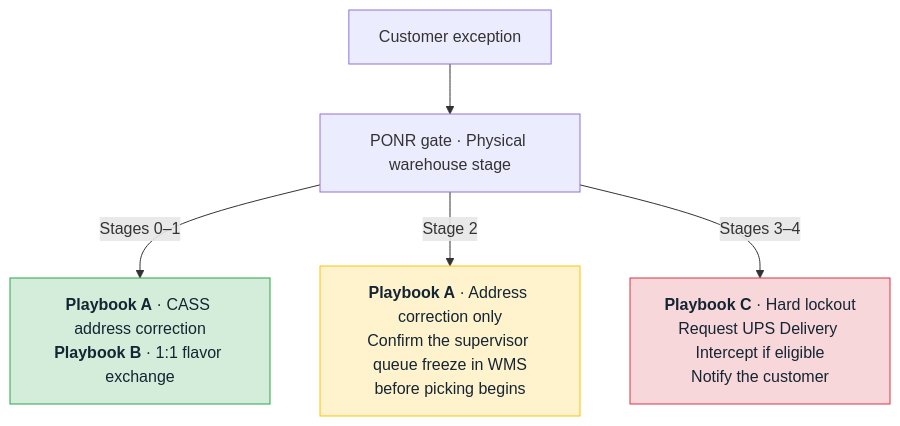
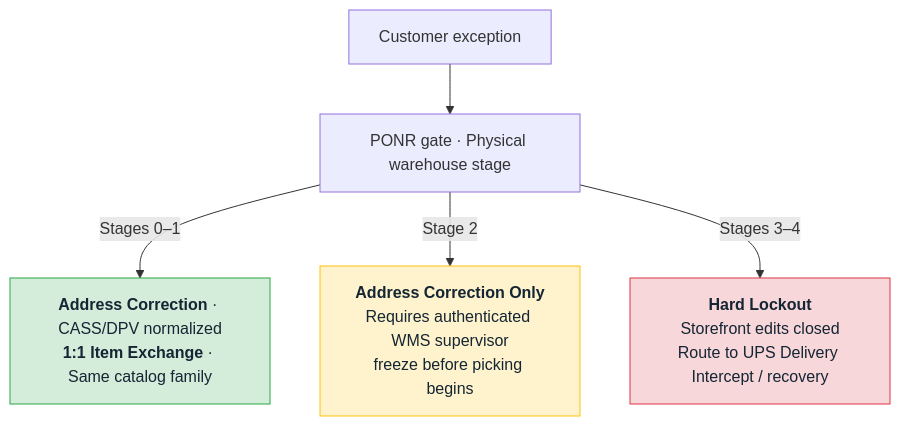
Before and after one commit to riovicsusas/portfolio: the fourth of 4 diagrams in domain-1-order-lifecycle/TechnicalStudy-Domain1-OrderStateMachineAndPONR.md, drawn with Mermaid. The commit also changed other lines of this file and 3 other files, not shown here.

````diff
--- a/domain-1-order-lifecycle/TechnicalStudy-Domain1-OrderStateMachineAndPONR.md
+++ b/domain-1-order-lifecycle/TechnicalStudy-Domain1-OrderStateMachineAndPONR.md
@@ -562,19 +326,19 @@
 ```mermaid
 flowchart TD
     Request["Customer exception"] --> Gate["PONR gate · Physical warehouse stage"]
 
-    Gate -->|"Stages 0–1"| Early["`**Playbook A** · CASS address correction
-**Playbook B** · 1:1 flavor exchange`"]
+    Gate -->|"Stages 0–1"| Early["`**Address Correction** · CASS/DPV normalized
+**1:1 Item Exchange** · Same catalog family`"]
 
-    Gate -->|"Stage 2"| Wave["`**Playbook A** · Address correction only
-Confirm the supervisor queue freeze in WMS
-before picking begins`"]
+    Gate -->|"Stage 2"| Wave["`**Address Correction Only**
+Requires authenticated WMS supervisor
+freeze before picking begins`"]
 
-    Gate -->|"Stages 3–4"| Late["`**Playbook C** · Hard lockout
-Request UPS Delivery Intercept if eligible
-Notify the customer`"]
+    Gate -->|"Stages 3–4"| Late["`**Hard Lockout**
+Storefront edits closed
+Route to UPS Delivery Intercept / recovery`"]
 
     style Early fill:#d4edda,stroke:#28a745,color:#142533
     style Wave fill:#fff3cd,stroke:#ffc107,color:#142533
     style Late fill:#f8d7da,stroke:#dc3545,color:#142533
 ```
````
